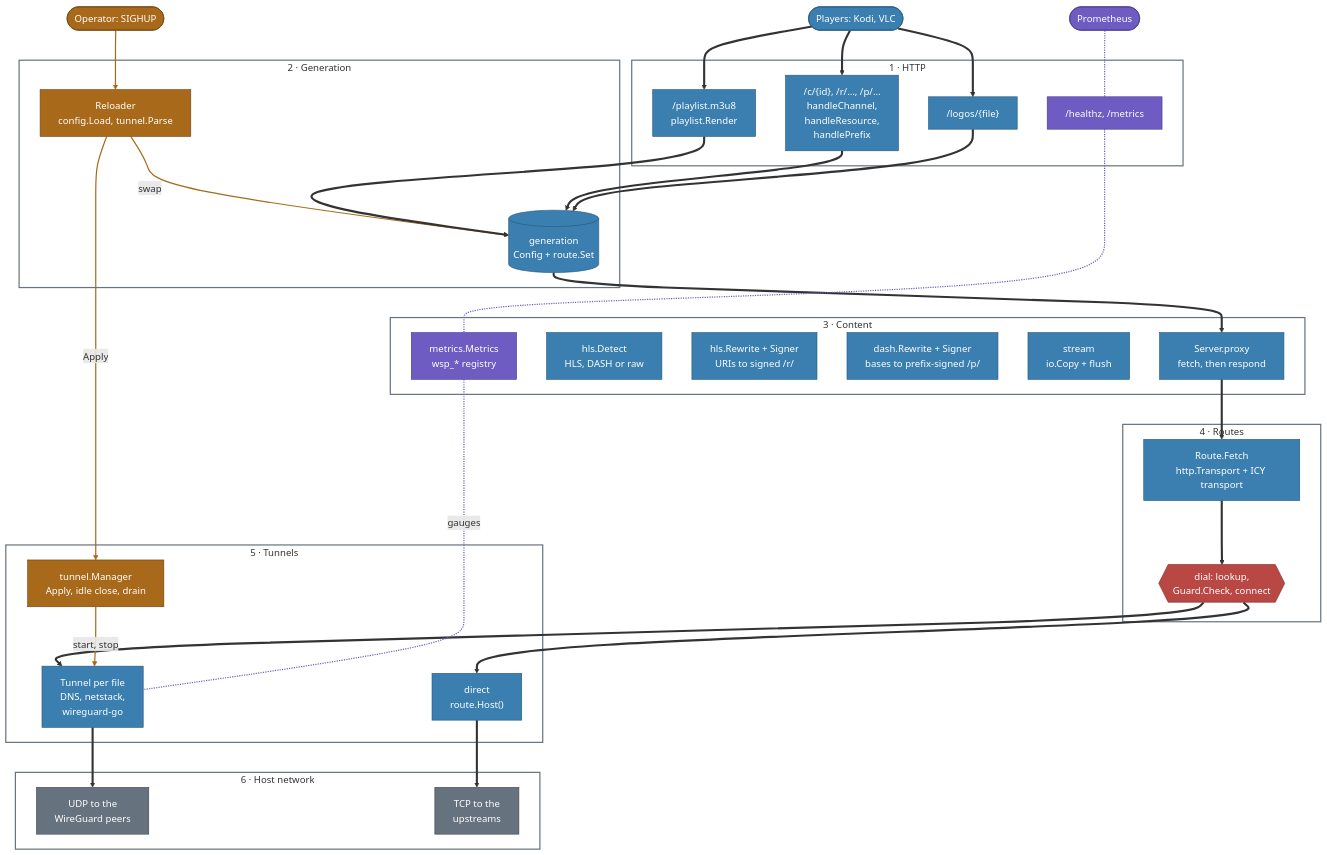
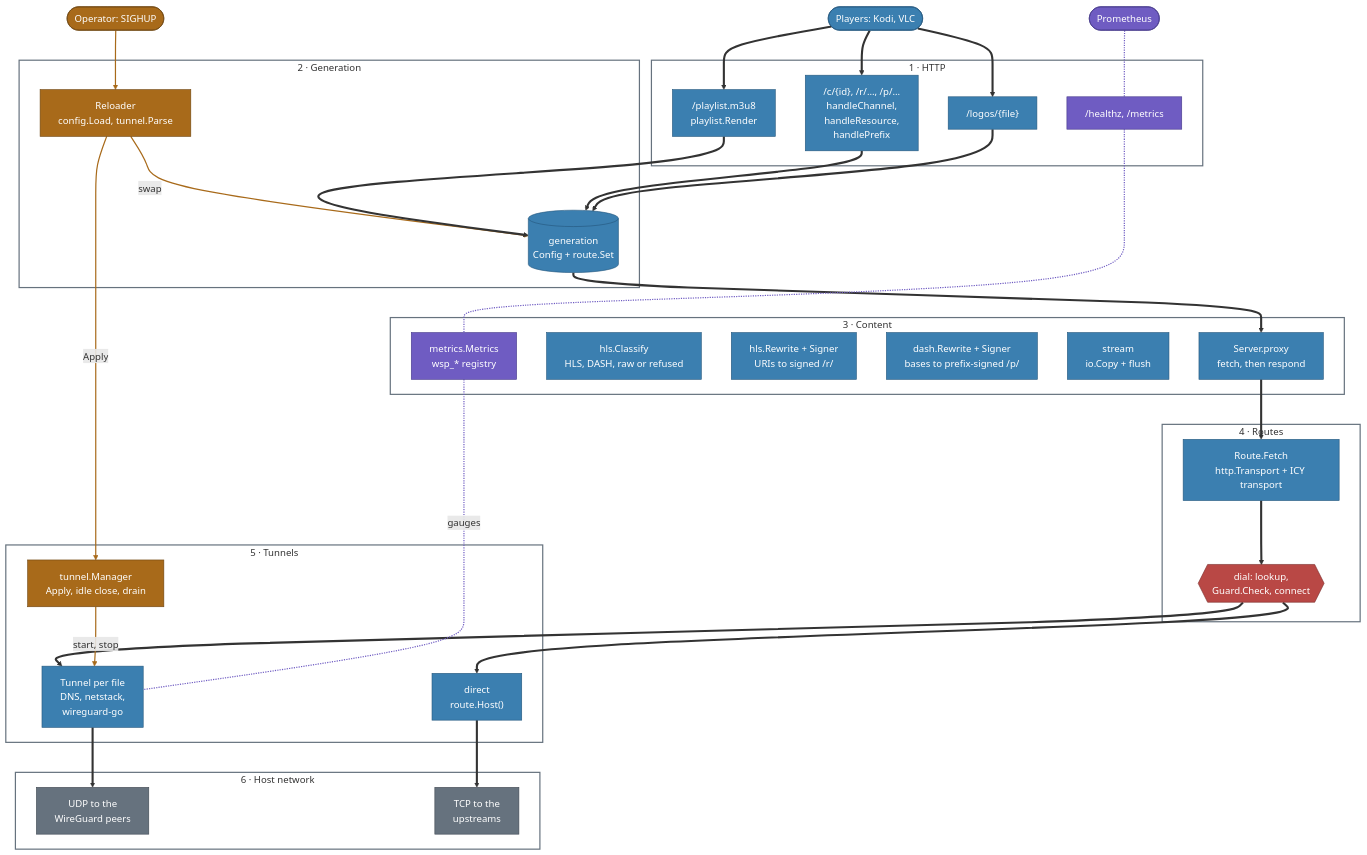
Diagram 11 of 18 in docs/architecture.md (KingOfKalk/wg-stream-proxy), drawn with Mermaid before and after one commit. The commit also changed other lines of this file and 18 other files, not shown here.

````diff
--- a/docs/architecture.md
+++ b/docs/architecture.md
@@ -536,67 +536,67 @@
 ```mermaid
 flowchart TB
     op(["Operator: SIGHUP"]):::ctl
     players(["Players: Kodi, VLC"]):::data
     prom(["Prometheus"]):::obs
 
     subgraph l1["1 · HTTP"]
         pl["/playlist.m3u8<br/>playlist.Render"]:::data
         cr["/c/{id}, /r/…, /p/…<br/>handleChannel,<br/>handleResource,<br/>handlePrefix"]:::data
         logos["/logos/{file}"]:::data
         ep["/healthz, /metrics"]:::obs
     end
     subgraph l2["2 · Generation"]
         rel["Reloader<br/>config.Load, tunnel.Parse"]:::ctl
         gen[("generation<br/>Config + route.Set")]:::data
     end
     subgraph l3["3 · Content"]
         proxy["Server.proxy<br/>fetch, then respond"]:::data
-        det["hls.Detect<br/>HLS, DASH or raw"]:::data
+        det["hls.Classify<br/>HLS, DASH, raw or refused"]:::data
         rw["hls.Rewrite + Signer<br/>URIs to signed /r/"]:::data
         drw["dash.Rewrite + Signer<br/>bases to prefix-signed /p/"]:::data
         pipe["stream<br/>io.Copy + flush"]:::data
         reg["metrics.Metrics<br/>wsp_* registry"]:::obs
     end
     subgraph l4["4 · Routes"]
         fetch["Route.Fetch<br/>http.Transport + ICY transport"]:::data
         guard{{"dial: lookup,<br/>Guard.Check, connect"}}:::guard
     end
     subgraph l5["5 · Tunnels"]
         mgr["tunnel.Manager<br/>Apply, idle close, drain"]:::ctl
         tun["Tunnel per file<br/>DNS, netstack,<br/>wireguard-go"]:::data
         direct["direct<br/>route.Host()"]:::data
     end
     subgraph l6["6 · Host network"]
         udp["UDP to the<br/>WireGuard peers"]:::inet
         tcp["TCP to the<br/>upstreams"]:::inet
     end
 
     players ==> pl & cr & logos
     op --> rel
     prom -.- ep
     rel -- "swap" --> gen
     pl & cr & logos ==> gen
     gen ==> proxy
     ep -.- reg
     proxy ==> fetch ==> guard
     guard ==> tun & direct
     rel -- "Apply" --> mgr
     mgr -- "start, stop" --> tun
     tun ==> udp
     direct ==> tcp
     reg -. "gauges" .- tun
 
     classDef data fill:#3b7fb0,stroke:#24577d,color:#ffffff
     classDef ctl fill:#a86a1a,stroke:#6e4511,color:#ffffff
     classDef obs fill:#6f5cc2,stroke:#46398a,color:#ffffff
     classDef inet fill:#66727e,stroke:#3f4851,color:#ffffff
     classDef guard fill:#b94845,stroke:#7a2c2a,color:#ffffff
     linkStyle 3,5,15,16 stroke:#a86a1a,stroke-width:2px
     linkStyle 4,10,19 stroke:#6f5cc2,stroke-width:2px
     style l1 fill:none,stroke:#66727e,stroke-width:2px
     style l2 fill:none,stroke:#66727e,stroke-width:2px
     style l3 fill:none,stroke:#66727e,stroke-width:2px
     style l4 fill:none,stroke:#66727e,stroke-width:2px
     style l5 fill:none,stroke:#66727e,stroke-width:2px
     style l6 fill:none,stroke:#66727e,stroke-width:2px
 ```
````
